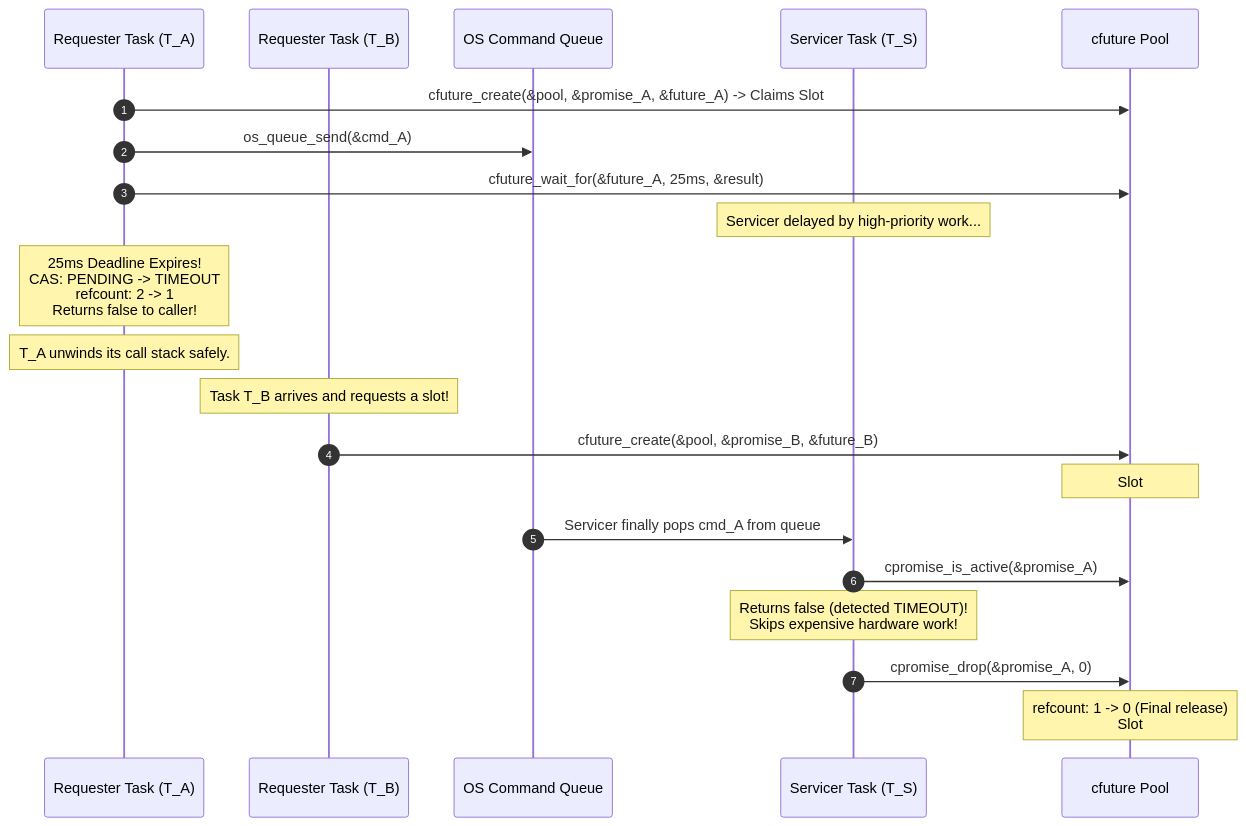
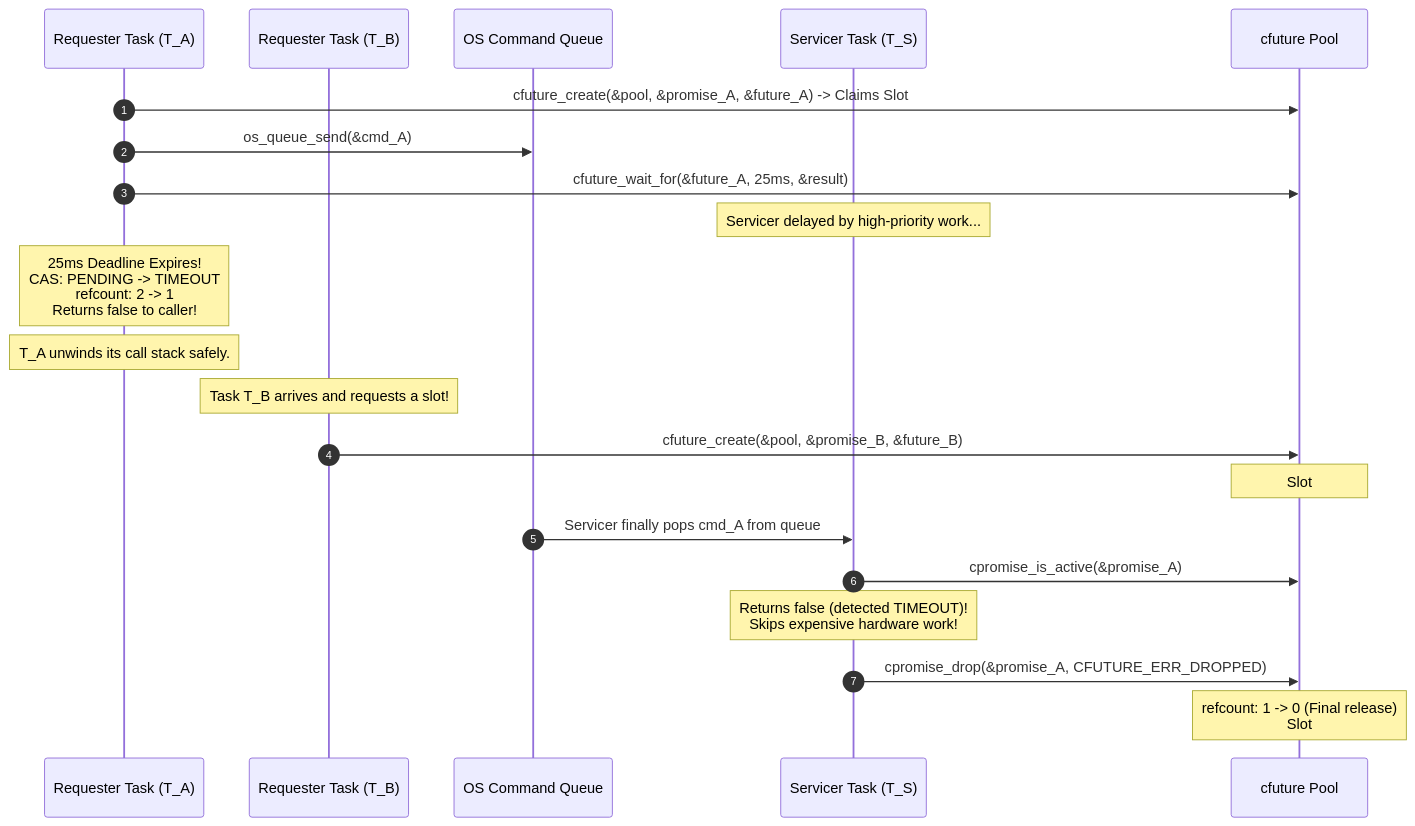
The fourth of 6 diagrams in external/cfuture/README.md (Mrunmoy/STM32F407VGT6), drawn with Mermaid before and after one commit. The commit also changed other lines of this file, not shown here.

Commit message:
docs(cfuture): Sync vendored Janus README with upstream documentation

````diff
--- a/external/cfuture/README.md
+++ b/external/cfuture/README.md
@@ -362,24 +387,24 @@
 ```mermaid
 sequenceDiagram
     autonumber
     participant A as Requester Task (T_A)
     participant B as Requester Task (T_B)
     participant Q as OS Command Queue
     participant S as Servicer Task (T_S)
     participant P as cfuture Pool
 
     A->>P: cfuture_create(&pool, &promise_A, &future_A) -> Claims Slot #0
     A->>Q: os_queue_send(&cmd_A)
     A->>P: cfuture_wait_for(&future_A, 25ms, &result)
     Note over S: Servicer delayed by high-priority work...
     Note over A: 25ms Deadline Expires!<br/>CAS: PENDING -> TIMEOUT<br/>refcount: 2 -> 1<br/>Returns false to caller!
     Note over A: T_A unwinds its call stack safely.
     Note over B: Task T_B arrives and requests a slot!
     B->>P: cfuture_create(&pool, &promise_B, &future_B)
     Note over P: Slot #0 is STILL ALLOCATED (refcount=1)<br/>Claims Slot #1 for T_B!<br/>ZERO ABA HAZARD!
     Q->>S: Servicer finally pops cmd_A from queue
     S->>P: cpromise_is_active(&promise_A)
     Note over S: Returns false (detected TIMEOUT)!<br/>Skips expensive hardware work!
-    S->>P: cpromise_drop(&promise_A, 0)
+    S->>P: cpromise_drop(&promise_A, CFUTURE_ERR_DROPPED)
     Note over P: refcount: 1 -> 0 (Final release)<br/>Slot #0 recycled into bitmask!
 ```
````
